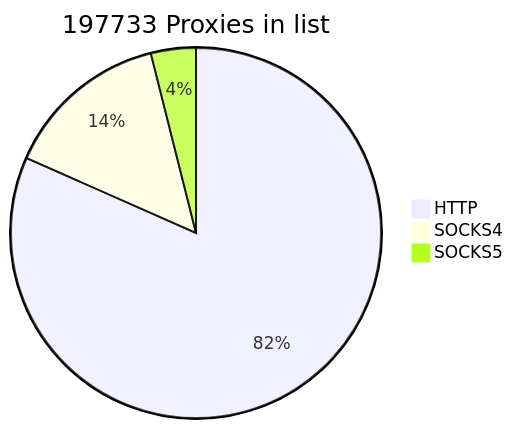
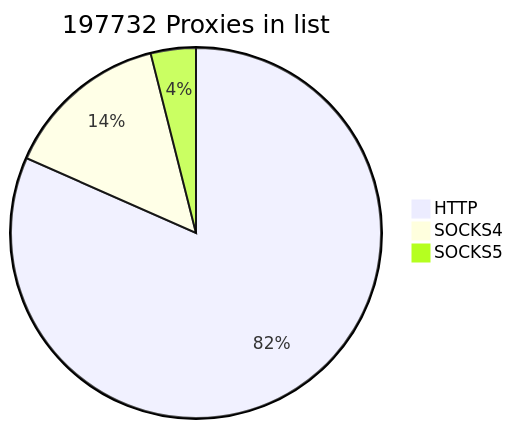
One commit to cutipu/proxylist changed the first of 2 diagrams in README.md. Above: the diagram before and after it, drawn with Mermaid. The commit also changed other lines of this file, not shown here.

````diff
--- a/README.md
+++ b/README.md
@@ -2,7 +2,7 @@
 ```mermaid
-pie title 197733 Proxies in list
-    "HTTP" : 161407
-    "SOCKS4" : 28567
-    "SOCKS5" : 7759
+pie title 197732 Proxies in list
+    "HTTP" : 161390
+    "SOCKS4" : 28558
+    "SOCKS5" : 7784
             
 ```
````
